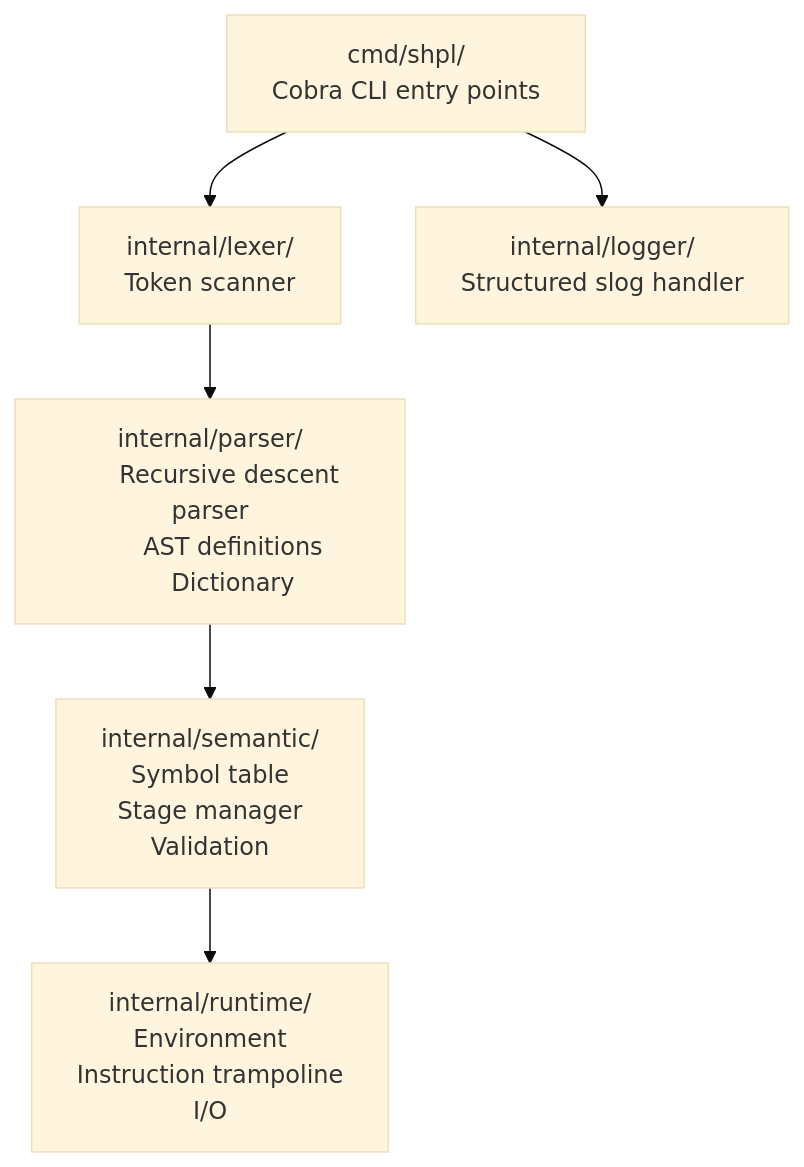
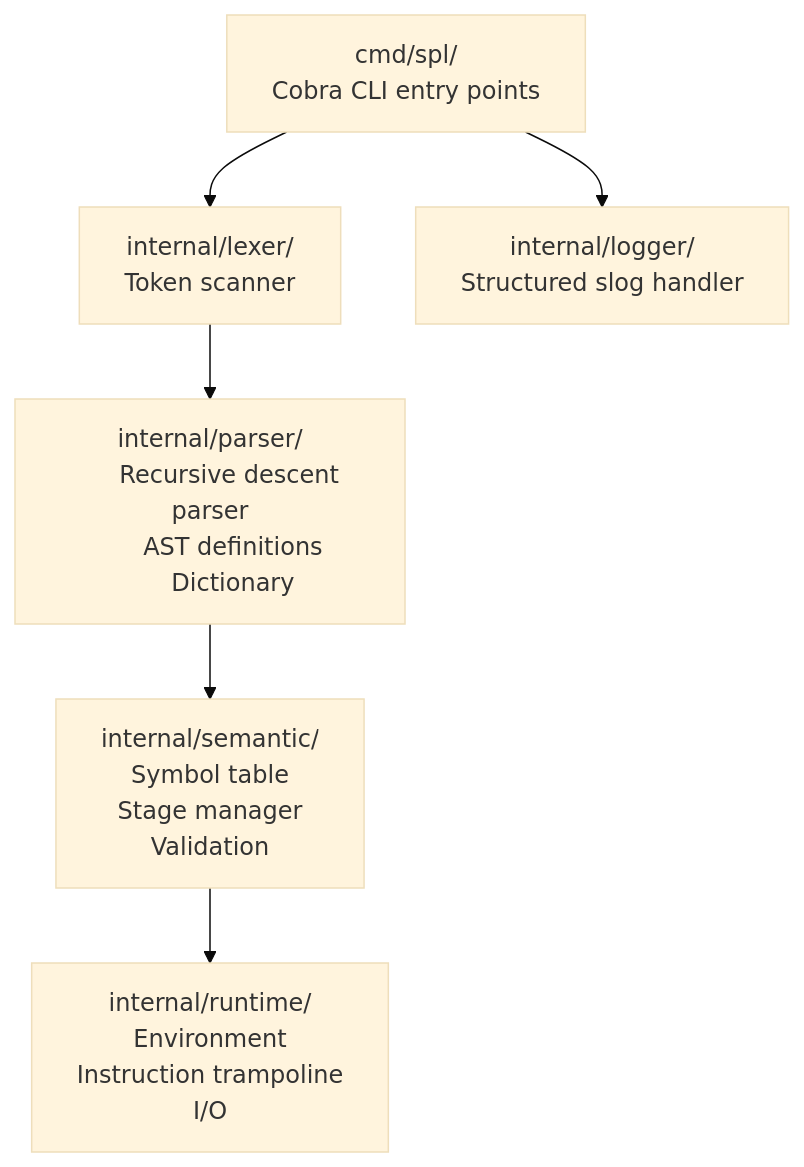
The second of 2 diagrams in docs/architecture/overview.md (lorenzobandini/shakespeare-interpreter-go), drawn with Mermaid (base theme) before and after one commit. The commit also changed other lines of this file and 61 other files, not shown here.

Commit message:
chore: rename shpl to spl across the project

````diff
--- a/docs/architecture/overview.md
+++ b/docs/architecture/overview.md
@@ -37,27 +37,27 @@
 ```mermaid
 graph TD
-  CLI["cmd/shpl/
+  CLI["cmd/spl/
       Cobra CLI entry points"]
   LEX["internal/lexer/
       Token scanner"]
   LOG["internal/logger/
       Structured slog handler"]
   PAR["internal/parser/
       Recursive descent parser
       AST definitions
       Dictionary"]
   SEM["internal/semantic/
       Symbol table
       Stage manager
       Validation"]
   RUNT["internal/runtime/
       Environment
       Instruction trampoline
       I/O"]
 
   CLI --> LEX
   CLI --> LOG
   LEX --> PAR
   PAR --> SEM
   SEM --> RUNT
 ```
````
